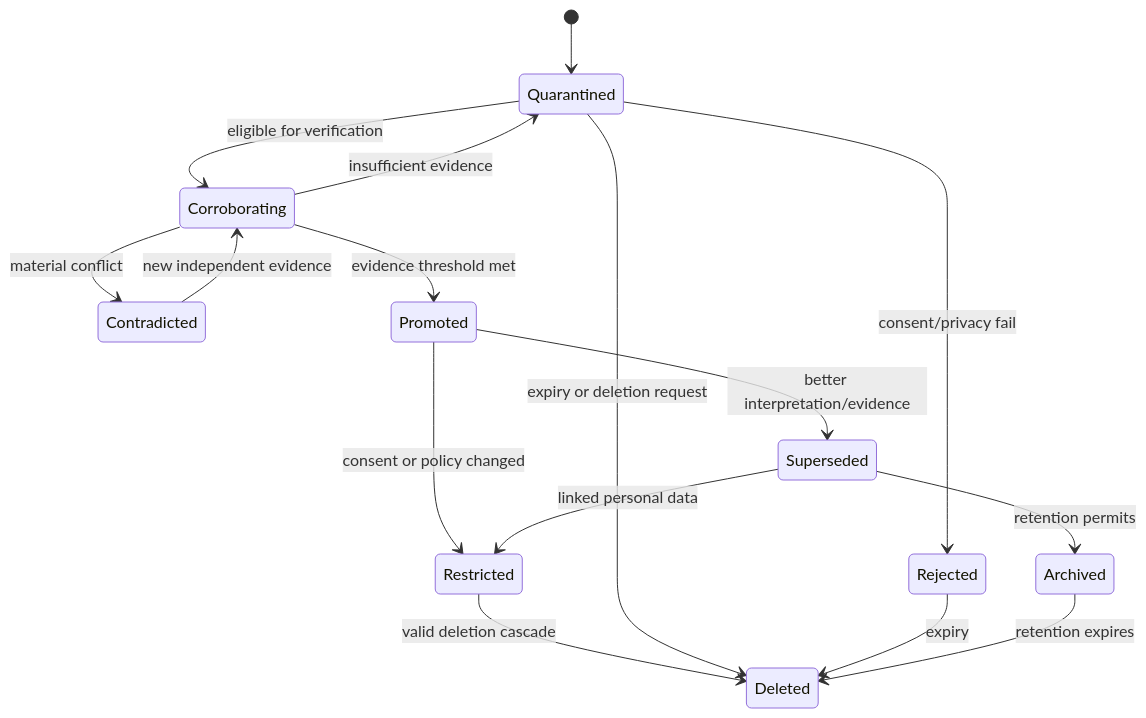
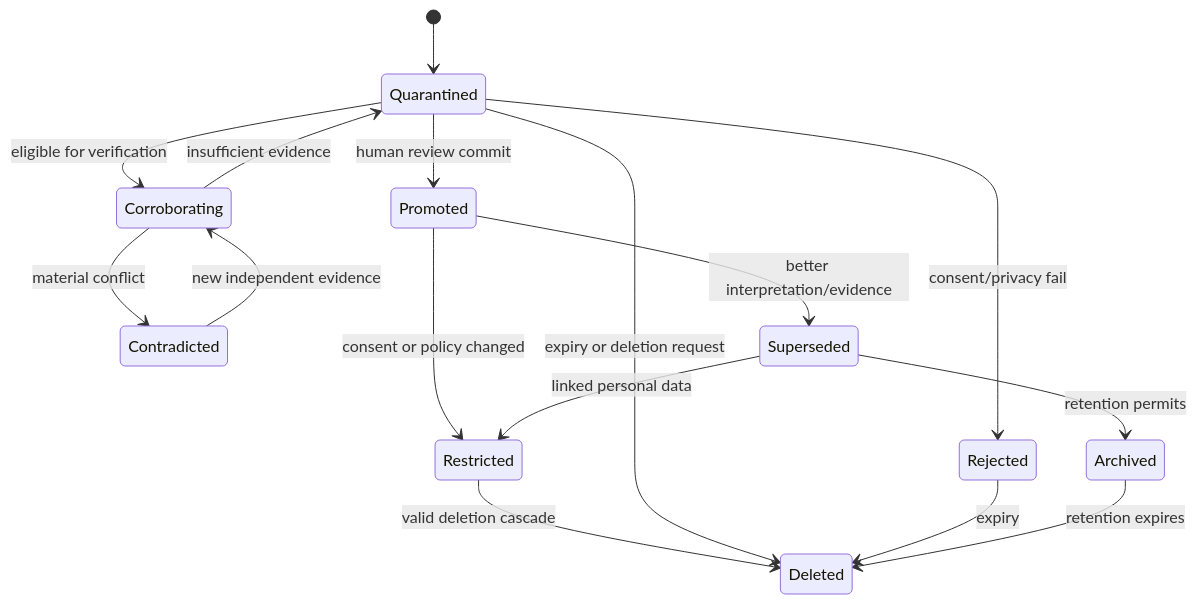
The third of 8 diagrams in docs/ARCHITECTURE.md (Azhonaras/soul-engine), drawn with Mermaid before and after one commit. The commit also changed other lines of this file and 51 other files, not shown here.

````diff
--- a/docs/ARCHITECTURE.md
+++ b/docs/ARCHITECTURE.md
@@ -136,18 +146,18 @@
 ```mermaid
 stateDiagram-v2
     [*] --> Quarantined
     Quarantined --> Rejected: consent/privacy fail
     Quarantined --> Corroborating: eligible for verification
     Corroborating --> Quarantined: insufficient evidence
     Corroborating --> Contradicted: material conflict
-    Corroborating --> Promoted: evidence threshold met
     Contradicted --> Corroborating: new independent evidence
+    Quarantined --> Promoted: human review commit
     Promoted --> Superseded: better interpretation/evidence
     Promoted --> Restricted: consent or policy changed
     Restricted --> Deleted: valid deletion cascade
     Quarantined --> Deleted: expiry or deletion request
     Rejected --> Deleted: expiry
     Superseded --> Restricted: linked personal data
     Superseded --> Archived: retention permits
     Archived --> Deleted: retention expires
 ```
````
